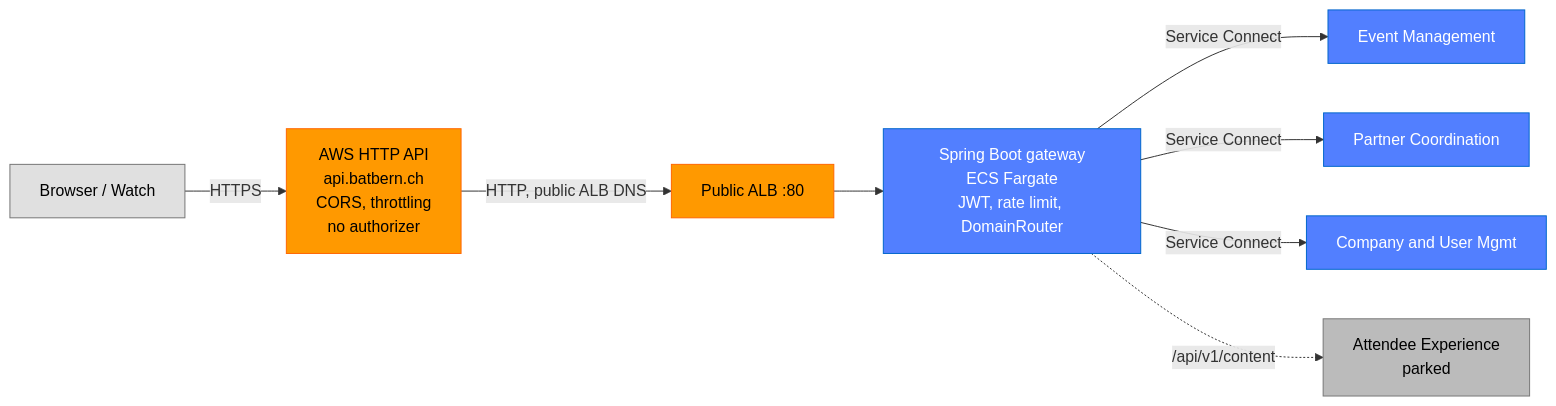
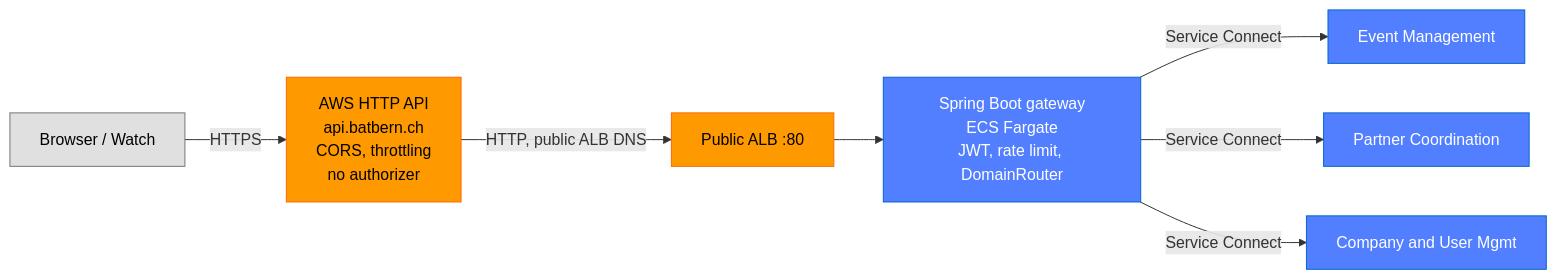
One commit to nissimbuchs/BATbern2 changed the eighth of 26 diagrams in docs/architecture/02-infrastructure-deployment.md. Above: the diagram before and after it, drawn with Mermaid. The commit also changed other lines of this file and 392 other files, not shown here.

First line of the commit message:
feat(architecture): Epic 17 first batch: test fidelity, dead surface removed, API and module gates (17.0a-17.5, 17.3b) (#1258)

````diff
--- a/docs/architecture/02-infrastructure-deployment.md
+++ b/docs/architecture/02-infrastructure-deployment.md
@@ -476,20 +466,18 @@
 ```mermaid
 graph LR
     A["Browser / Watch"] -->|HTTPS| B["AWS HTTP API<br/>api.batbern.ch<br/>CORS, throttling<br/>no authorizer"]
     B -->|"HTTP, public ALB DNS"| ALB["Public ALB :80"]
     ALB --> C["Spring Boot gateway<br/>ECS Fargate<br/>JWT, rate limit, DomainRouter"]
 
     C -->|"Service Connect"| D1["Event Management"]
     C -->|"Service Connect"| D3["Partner Coordination"]
     C -->|"Service Connect"| D5["Company and User Mgmt"]
-    C -.->|"/api/v1/content"| D4["Attendee Experience<br/>parked"]
 
     style A fill:#E0E0E0,stroke:#757575,color:#000
     style B fill:#FF9900,stroke:#FF6600,color:#000
     style ALB fill:#FF9900,stroke:#FF6600,color:#000
     style C fill:#527FFF,stroke:#0066CC,color:#fff
     style D1 fill:#527FFF,stroke:#0066CC,color:#fff
     style D3 fill:#527FFF,stroke:#0066CC,color:#fff
-    style D4 fill:#BBBBBB,stroke:#777777,color:#000
     style D5 fill:#527FFF,stroke:#0066CC,color:#fff
 ```
````
